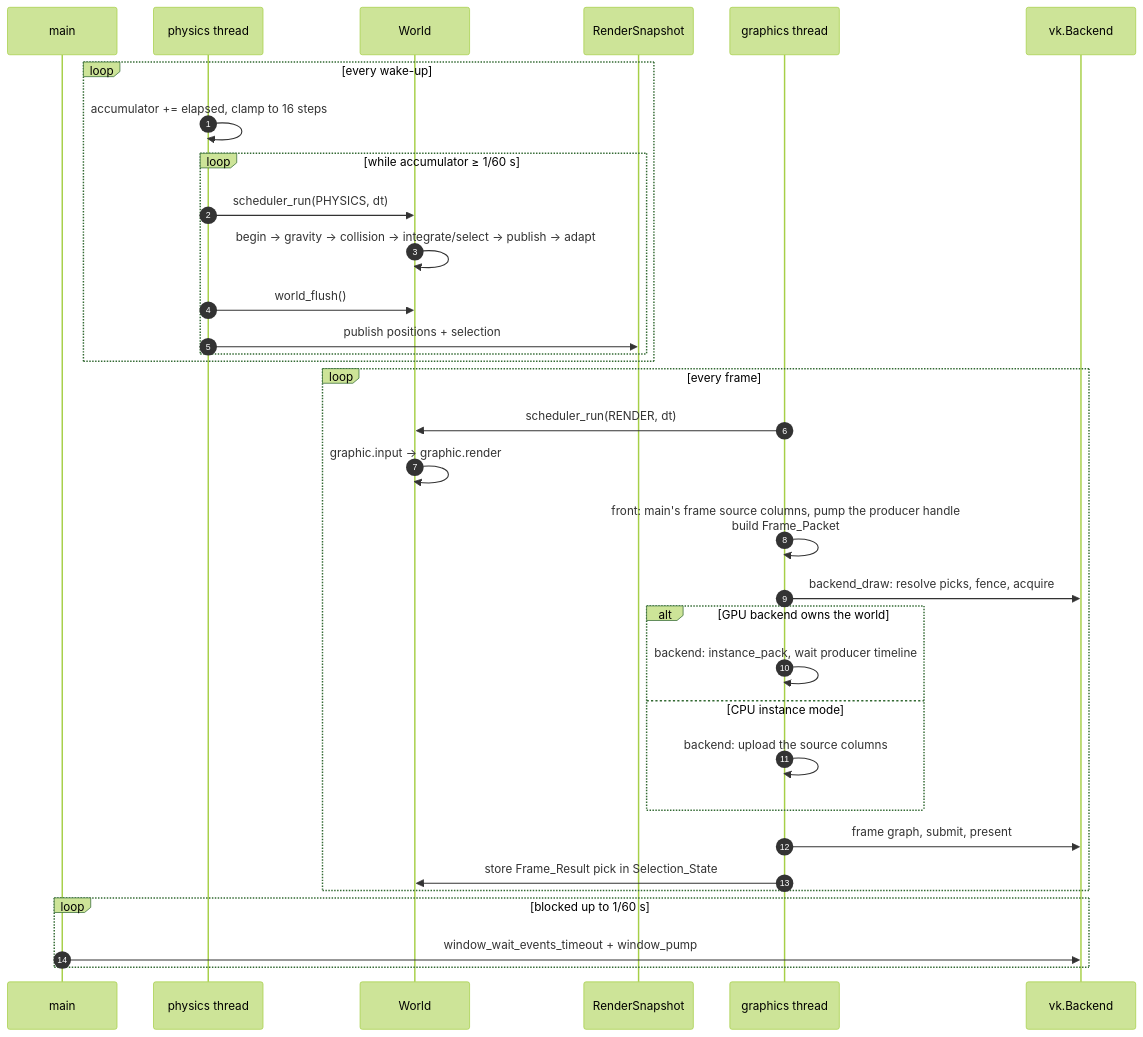
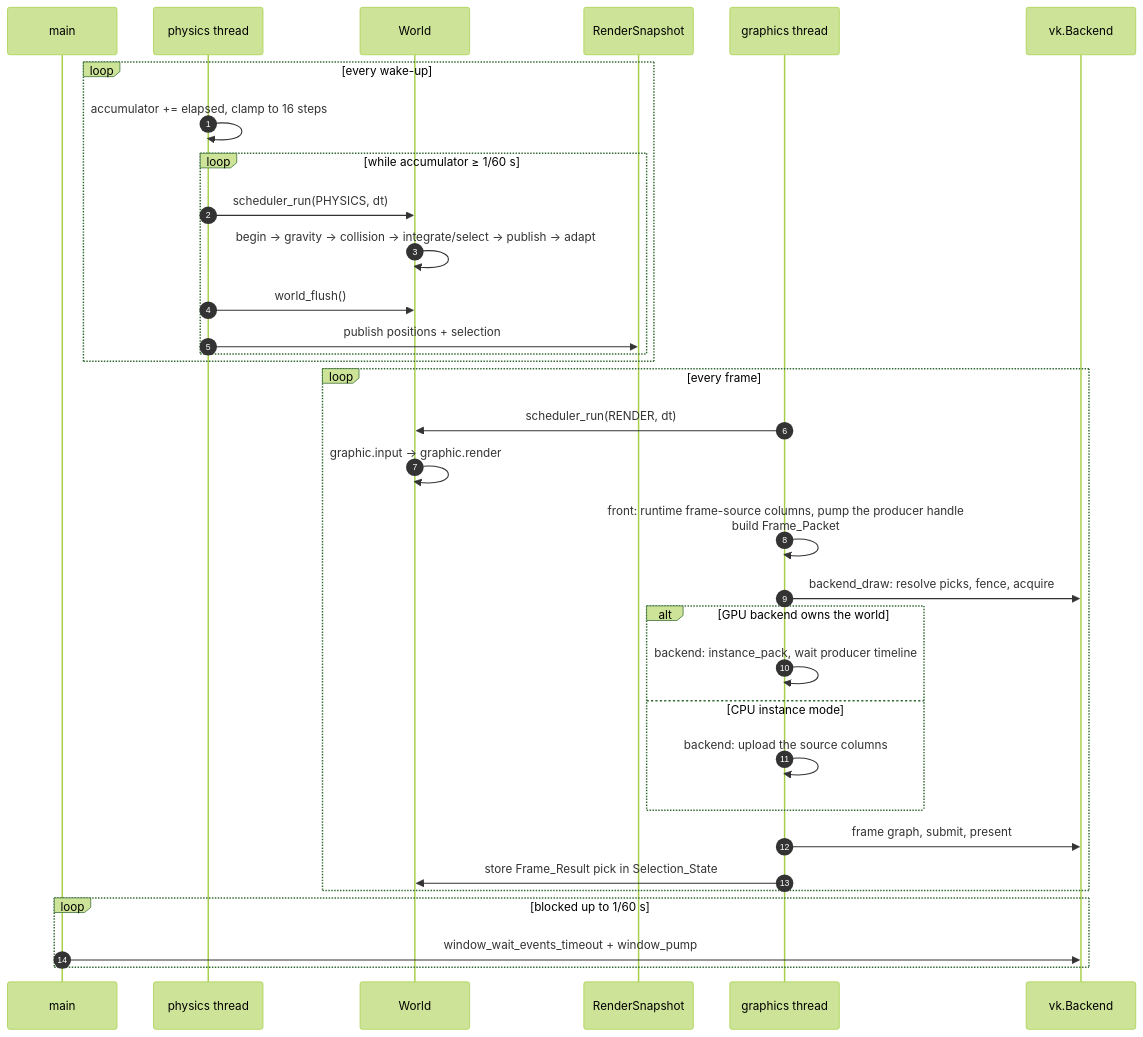
The fifth of 7 diagrams in docs/architecture.md (TanukiConDos/Gravity-Simulator), drawn with Mermaid (forest theme) before and after one commit. The commit also changed other lines of this file and 56 other files, not shown here.

````diff
--- a/docs/architecture.md
+++ b/docs/architecture.md
@@ -203,38 +230,38 @@
 ```mermaid
 sequenceDiagram
     autonumber
     participant M as main
     participant P as physics thread
     participant W as World
     participant S as RenderSnapshot
     participant G as graphics thread
     participant V as vk.Backend
 
     loop every wake-up
         P->>P: accumulator += elapsed, clamp to 16 steps
         loop while accumulator ≥ 1/60 s
             P->>W: scheduler_run(PHYSICS, dt)
             W->>W: begin → gravity → collision → integrate/select → publish → adapt
             P->>W: world_flush()
             P->>S: publish positions + selection
         end
     end
 
     loop every frame
         G->>W: scheduler_run(RENDER, dt)
         W->>W: graphic.input → graphic.render
-        G->>G: front: main's frame source columns, pump the producer handle<br/>build Frame_Packet
+        G->>G: front: runtime frame-source columns, pump the producer handle<br/>build Frame_Packet
         G->>V: backend_draw: resolve picks, fence, acquire
         alt GPU backend owns the world
             G->>G: backend: instance_pack, wait producer timeline
         else CPU instance mode
             G->>G: backend: upload the source columns
         end
         G->>V: frame graph, submit, present
         G->>W: store Frame_Result pick in Selection_State
     end
 
     loop blocked up to 1/60 s
         M->>V: window_wait_events_timeout + window_pump
     end
 ```
````
